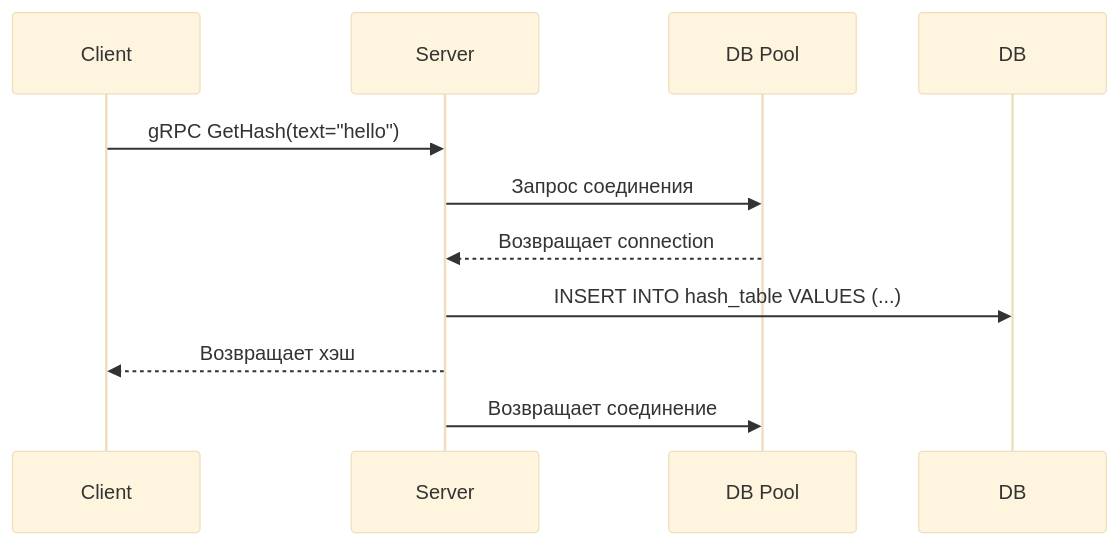
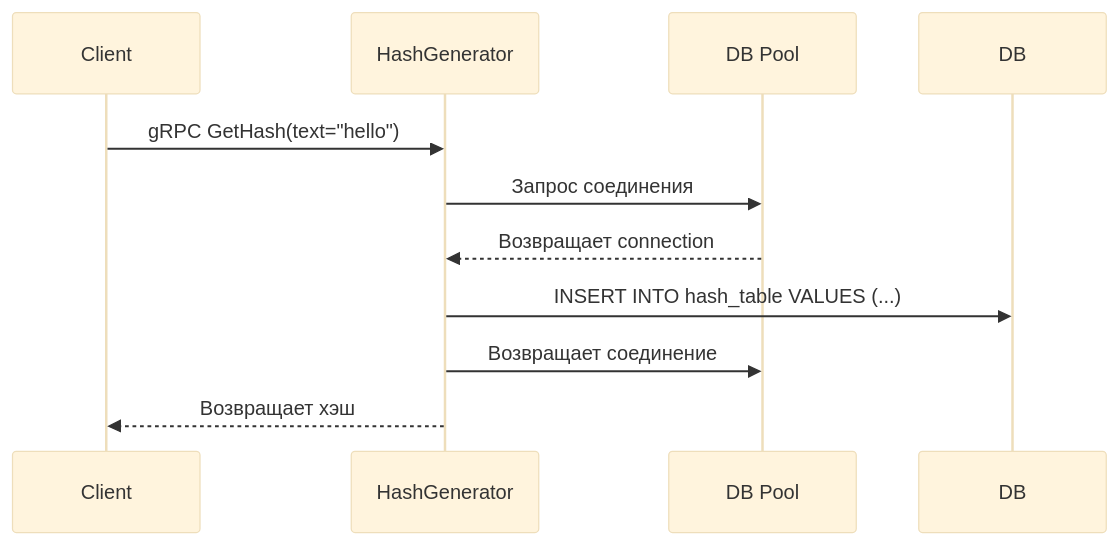
Before and after one commit to De-cROMPOS/pastebin: the diagram in components/hashgenerator/scheme.md, drawn with Mermaid (base theme). The commit also changed 8 other files, not shown here.

````diff
--- a/components/hashgenerator/scheme.md
+++ b/components/hashgenerator/scheme.md
@@ -1,9 +1,9 @@
 ```mermaid
 sequenceDiagram
-  Client->>Server: gRPC GetHash(text="hello")
-  Server->>DB Pool: Запрос соединения
-  DB Pool-->>Server: Возвращает connection
-  Server->>DB: INSERT INTO hash_table VALUES (...)
-  Server-->>Client: Возвращает хэш
-  Server->>DB Pool: Возвращает соединение
+  Client->>HashGenerator: gRPC GetHash(text="hello")
+  HashGenerator->>DB Pool: Запрос соединения
+  DB Pool-->>HashGenerator: Возвращает connection
+  HashGenerator->>DB: INSERT INTO hash_table VALUES (...)
+  HashGenerator->>DB Pool: Возвращает соединение
+  HashGenerator-->>Client: Возвращает хэш
 ```
````
